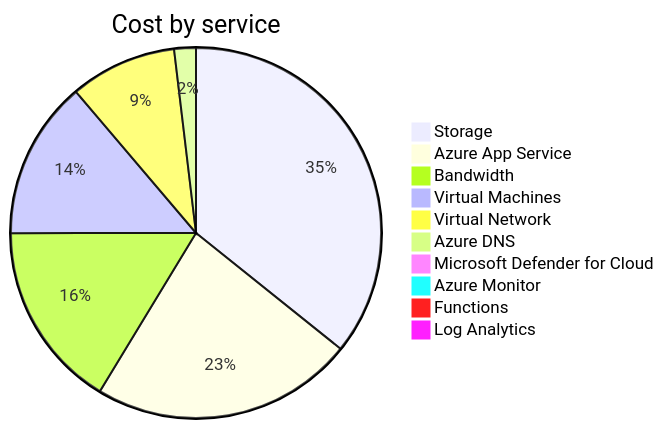
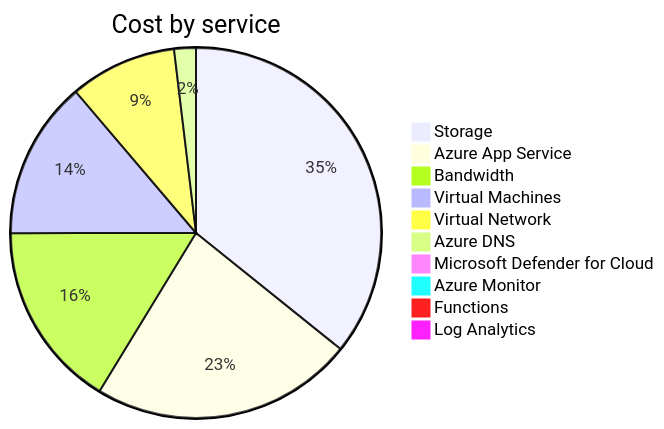
One commit to jpfulton/azure-personal-reports changed the second of 4 diagrams in cost-reports/accumulated-cost.md. Above: the diagram before and after it, drawn with Mermaid. The commit also changed other lines of this file and 4 other files, not shown here.

````diff
--- a/cost-reports/accumulated-cost.md
+++ b/cost-reports/accumulated-cost.md
@@ -100,14 +100,14 @@
 ```mermaid
 pie
    title Cost by service
-   "Storage" : 21.14
-   "Azure App Service" : 13.56
-   "Bandwidth" : 9.64
-   "Virtual Machines" : 8.16
-   "Virtual Network" : 5.51
-   "Azure DNS" : 1.12
-   "Microsoft Defender for Cloud" : 0.54
+   "Storage" : 22.05
+   "Azure App Service" : 14.15
+   "Bandwidth" : 10.03
+   "Virtual Machines" : 8.50
+   "Virtual Network" : 5.75
+   "Azure DNS" : 1.17
+   "Microsoft Defender for Cloud" : 0.56
    "Azure Monitor" : 0.00
    "Functions" : 0.00
    "Log Analytics" : 0.00
 ```
````
